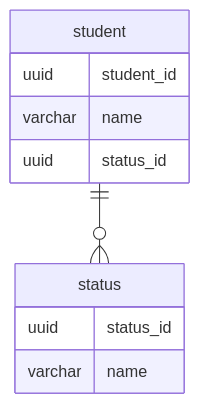
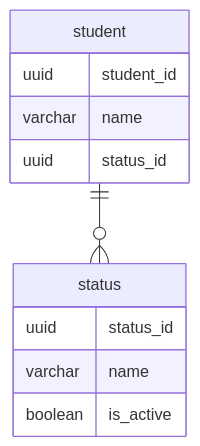
The diagram in sql-anti-pattern/6/README.md (nyuusen/praha-challenge), drawn with Mermaid before and after one commit.

Commit message:
update: statusテーブルにis_activeカラムを追加

````diff
--- a/sql-anti-pattern/6/README.md
+++ b/sql-anti-pattern/6/README.md
@@ -13,17 +13,18 @@
 ```mermaid
 erDiagram
 
 student ||--o{ status: ""
 
 student {
   uuid student_id
   varchar name
   uuid status_id
 }
 
 status {
   uuid status_id
   varchar name
+  boolean is_active
 }
 
 ```
````
